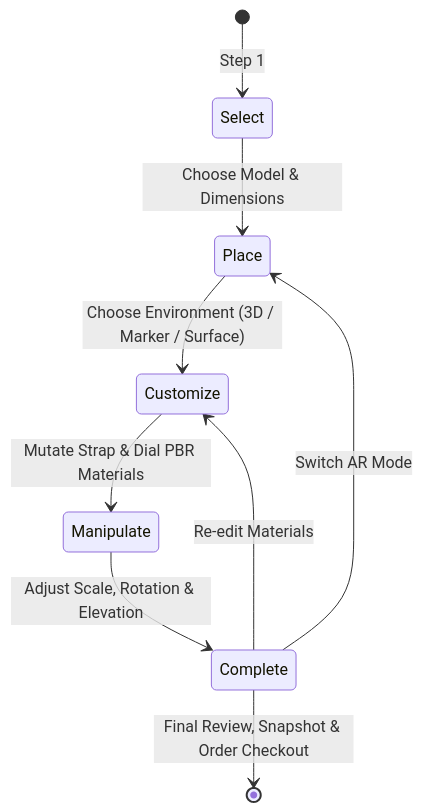
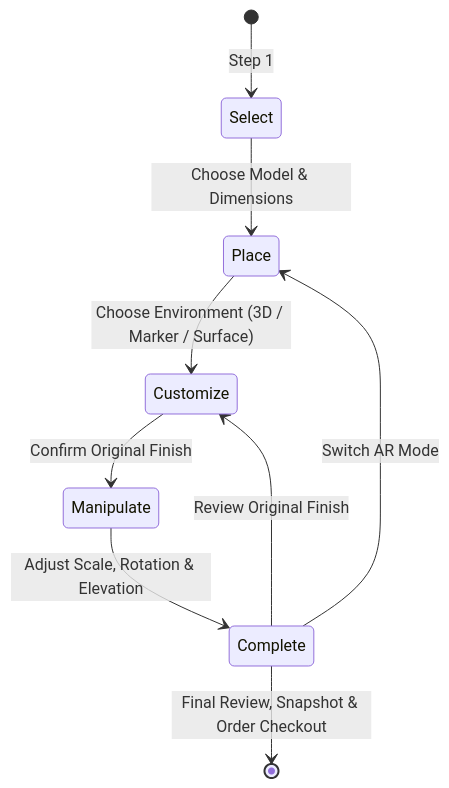
Before and after one commit to dhanitha0725/ar-watch-shop: the third of 3 diagrams in architecture.md, drawn with Mermaid. The commit also changed other lines of this file and 20 other files, not shown here.

````diff
--- a/architecture.md
+++ b/architecture.md
@@ -250,12 +218,12 @@
 ```mermaid
 stateDiagram-v2
     [*] --> Select: Step 1
     Select --> Place: Choose Model & Dimensions
     Place --> Customize: Choose Environment (3D / Marker / Surface)
-    Customize --> Manipulate: Mutate Strap & Dial PBR Materials
+    Customize --> Manipulate: Confirm Original Finish
     Manipulate --> Complete: Adjust Scale, Rotation & Elevation
     Complete --> [*]: Final Review, Snapshot & Order Checkout
     
-    Complete --> Customize: Re-edit Materials
+    Complete --> Customize: Review Original Finish
     Complete --> Place: Switch AR Mode
 ```
````
